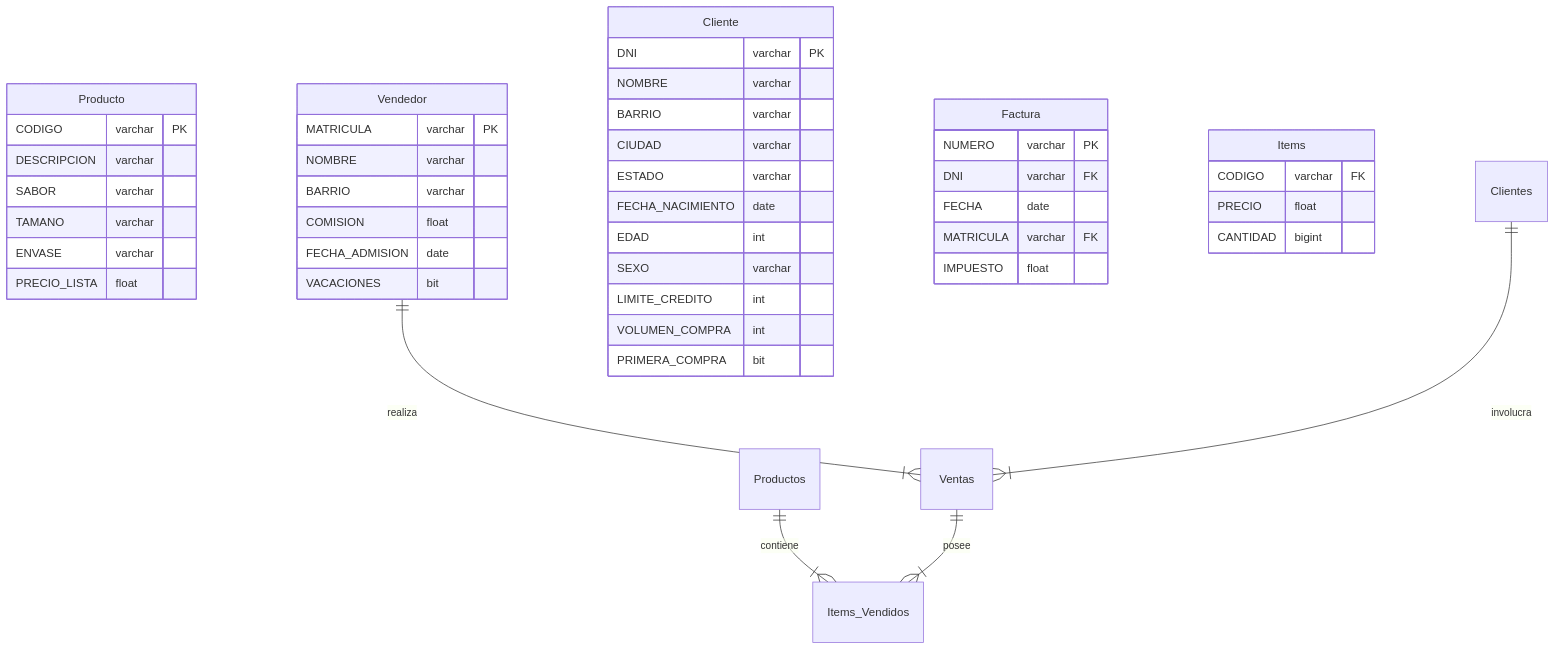
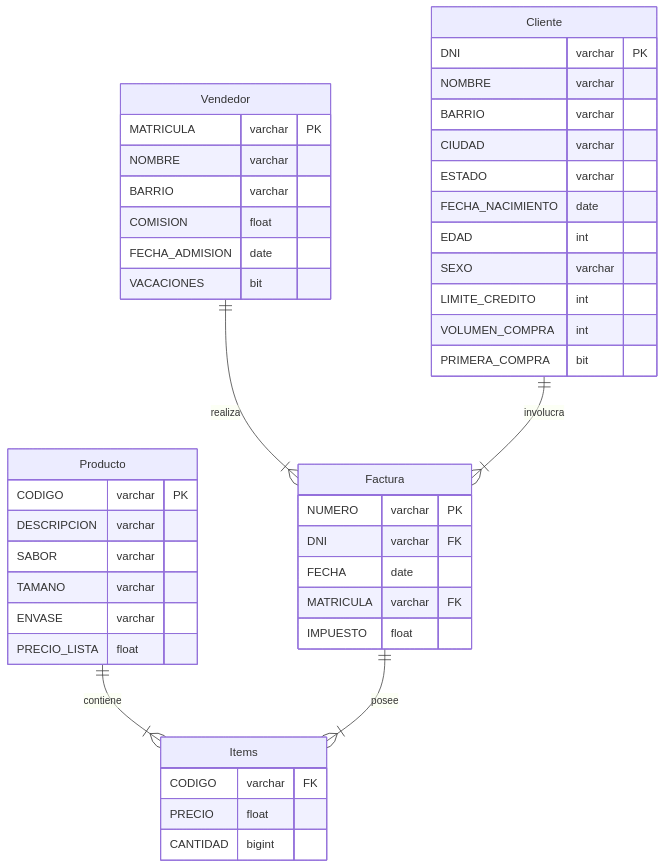
Before and after one commit to DevFzn/Oracle_One-Alura_Latam: the diagram in 011_mysql/proyecto_mysql.md, drawn with Mermaid. The commit also changed 11 other files, not shown here.

````diff
--- a/011_mysql/proyecto_mysql.md
+++ b/011_mysql/proyecto_mysql.md
@@ -14,48 +14,48 @@
 ```mermaid
 erDiagram
     Producto {
         CODIGO varchar PK
         DESCRIPCION varchar
         SABOR varchar
         TAMANO varchar
         ENVASE varchar
         PRECIO_LISTA float
     }
     Vendedor {
         MATRICULA varchar PK
         NOMBRE varchar
         BARRIO varchar
         COMISION float
         FECHA_ADMISION date
         VACACIONES bit
     }
     Cliente {
         DNI varchar PK
         NOMBRE varchar
         BARRIO varchar
         CIUDAD varchar
         ESTADO varchar
         FECHA_NACIMIENTO date
         EDAD int
         SEXO varchar
         LIMITE_CREDITO int
         VOLUMEN_COMPRA int
         PRIMERA_COMPRA bit
     }
     Factura {
         NUMERO varchar PK
         DNI varchar FK
         FECHA date
         MATRICULA varchar FK
         IMPUESTO float
     }
     Items {
         CODIGO varchar FK
         PRECIO float
         CANTIDAD bigint
     }
-    Vendedor ||--|{ Ventas : realiza
-    Clientes ||--|{ Ventas : involucra
-    Productos ||--|{ Items_Vendidos : contiene
-    Ventas ||--|{ Items_Vendidos : posee
+    Vendedor ||--|{ Factura : realiza
+    Cliente ||--|{ Factura : involucra
+    Producto ||--|{ Items : contiene
+    Factura ||--|{ Items : posee
 ```
````
